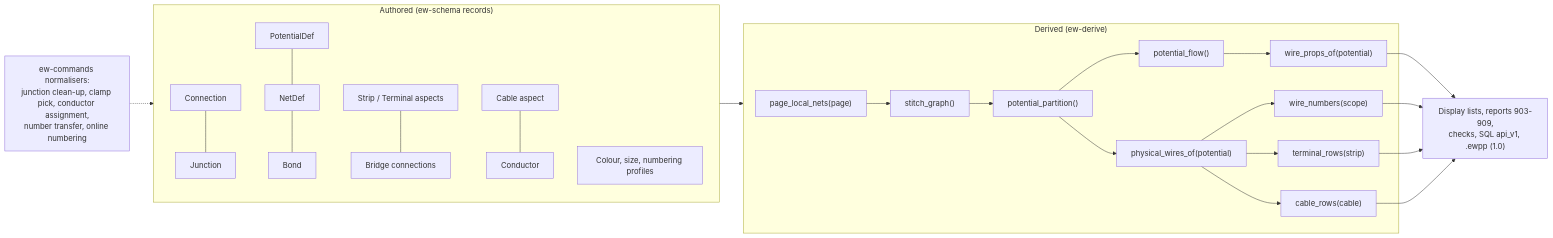
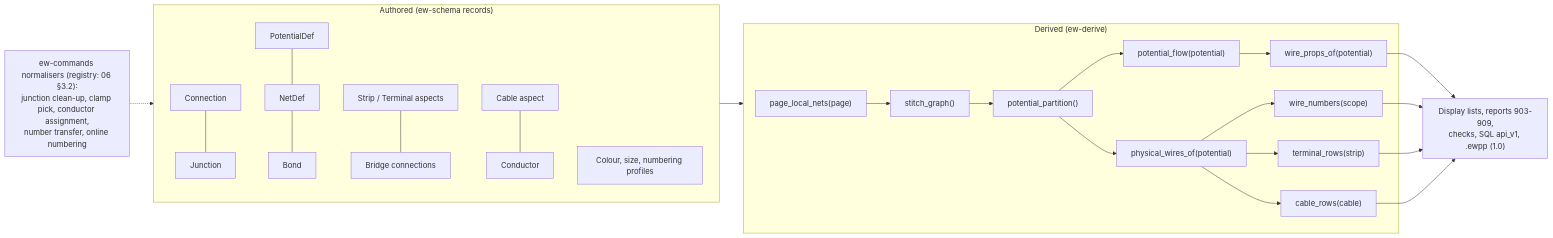
The diagram in docs/design/08-connections-terminals-cables.md (Ironkode787/ElektraWatt), drawn with Mermaid before and after one commit. The commit also changed other lines of this file and 51 other files, not shown here.

````diff
--- a/docs/design/08-connections-terminals-cables.md
+++ b/docs/design/08-connections-terminals-cables.md
@@ -61,21 +61,21 @@
 ```mermaid
 flowchart LR
   subgraph A["Authored (ew-schema records)"]
     C[Connection] --- J[Junction]
     PD[PotentialDef] --- ND[NetDef] --- BD[Bond]
     TS["Strip / Terminal aspects"] --- BR["Bridge connections"]
     CB["Cable aspect"] --- CO[Conductor]
     PR["Colour, size, numbering profiles"]
   end
   subgraph D["Derived (ew-derive)"]
-    LN["page_local_nets(page)"] --> SG["stitch_graph()"] --> PP["potential_partition()"] --> PF["potential_flow()"]
+    LN["page_local_nets(page)"] --> SG["stitch_graph()"] --> PP["potential_partition()"] --> PF["potential_flow(potential)"]
     PP --> PW["physical_wires_of(potential)"]
     PF --> WP["wire_props_of(potential)"]
     PW --> WN["wire_numbers(scope)"]
     PW --> TR["terminal_rows(strip)"]
     PW --> CR["cable_rows(cable)"]
   end
   A --> D
   WP & WN & TR & CR --> O["Display lists, reports 903-909,<br/>checks, SQL api_v1, .ewpp (1.0)"]
-  N["ew-commands normalisers:<br/>junction clean-up, clamp pick, conductor assignment,<br/>number transfer, online numbering"] -.-> A
+  N["ew-commands normalisers (registry: 06 §3.2):<br/>junction clean-up, clamp pick, conductor assignment,<br/>number transfer, online numbering"] -.-> A
 ```
````
